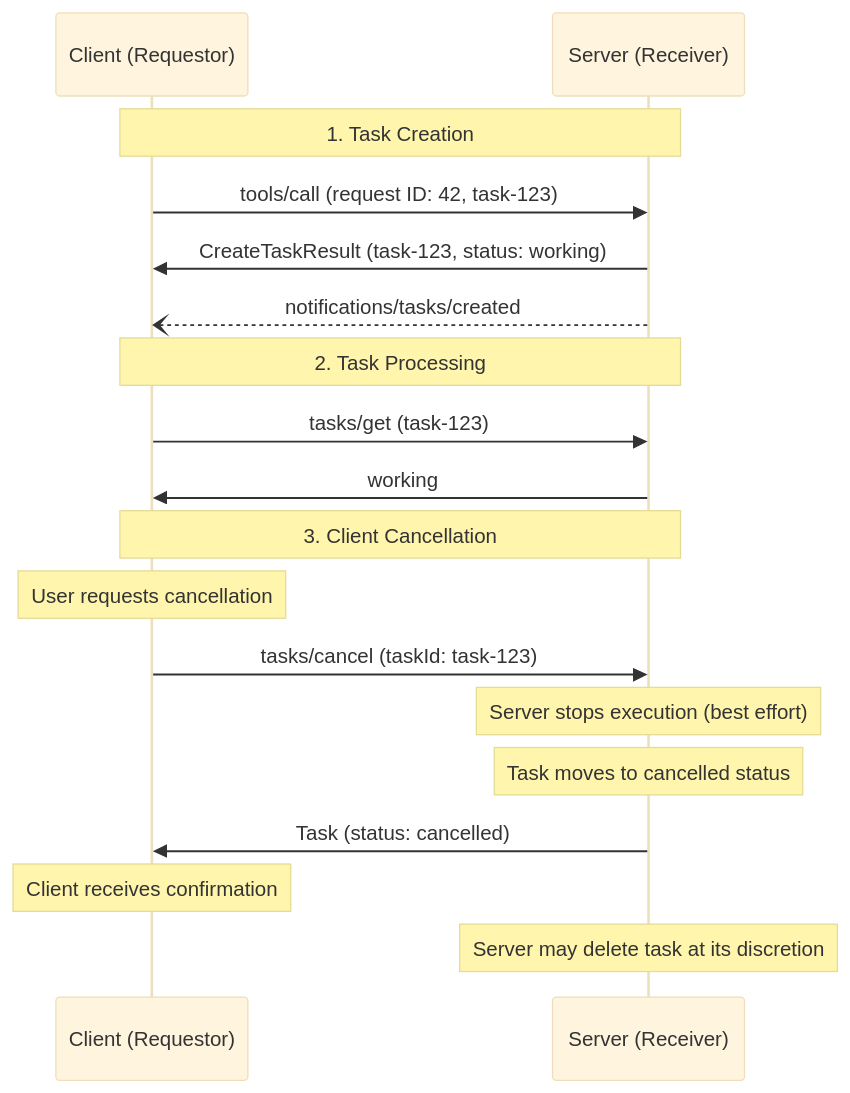
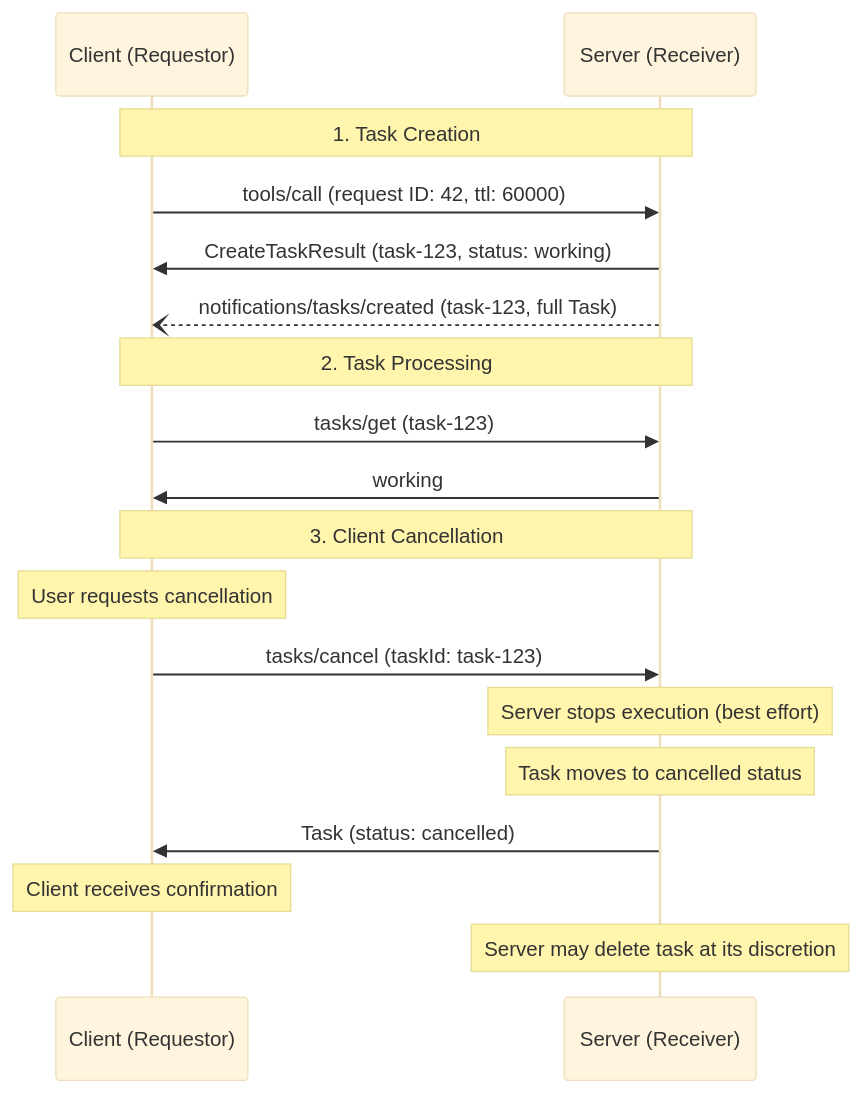
The fifth of 5 diagrams in docs/specification/draft/basic/utilities/tasks.mdx (scottslewis/modelcontextprotocol), drawn with Mermaid (base theme) before and after one commit. The commit also changed other lines of this file and 3 other files, not shown here.

Commit message:
Make notifications include full task info

````diff
--- a/docs/specification/draft/basic/utilities/tasks.mdx
+++ b/docs/specification/draft/basic/utilities/tasks.mdx
@@ -587,27 +597,27 @@
 ```mermaid
 sequenceDiagram
     participant C as Client (Requestor)
     participant S as Server (Receiver)
 
     Note over C,S: 1. Task Creation
-    C->>S: tools/call (request ID: 42, task-123)
+    C->>S: tools/call (request ID: 42, ttl: 60000)
     S->>C: CreateTaskResult (task-123, status: working)
-    S--)C: notifications/tasks/created
+    S--)C: notifications/tasks/created (task-123, full Task)
 
     Note over C,S: 2. Task Processing
     C->>S: tasks/get (task-123)
     S->>C: working
 
     Note over C,S: 3. Client Cancellation
     Note over C: User requests cancellation
     C->>S: tasks/cancel (taskId: task-123)
 
     Note over S: Server stops execution (best effort)
     Note over S: Task moves to cancelled status
 
     S->>C: Task (status: cancelled)
 
     Note over C: Client receives confirmation
 
     Note over S: Server may delete task at its discretion
 ```
````
